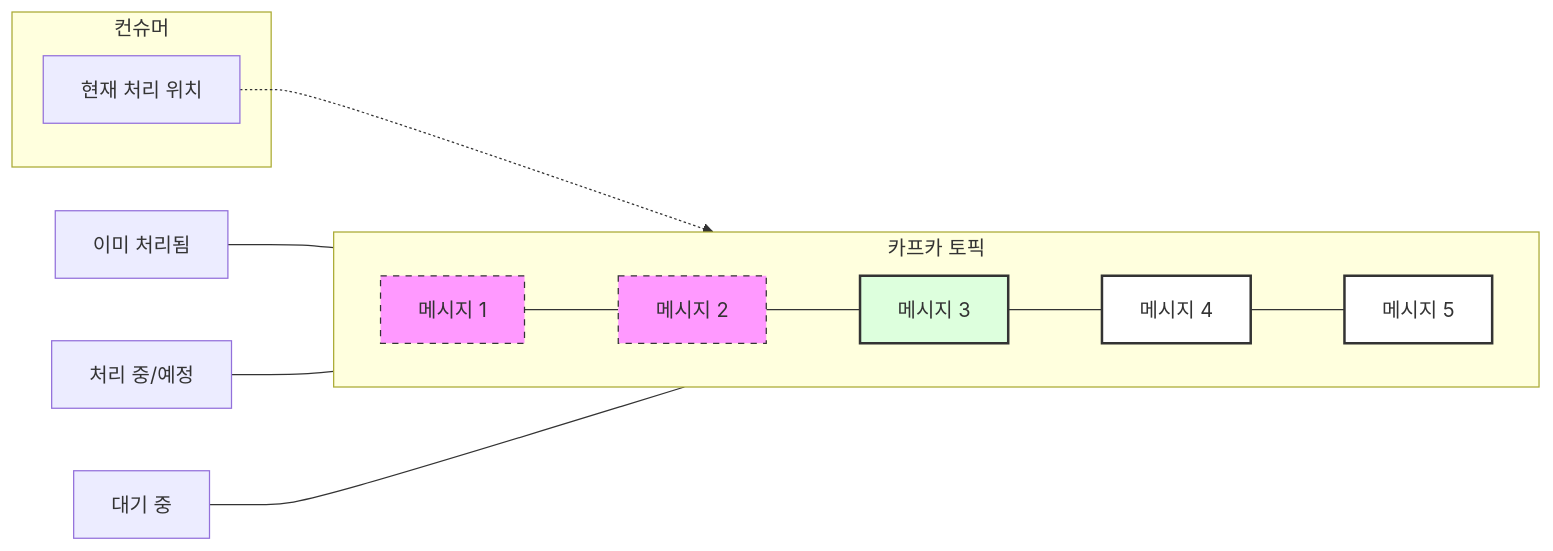
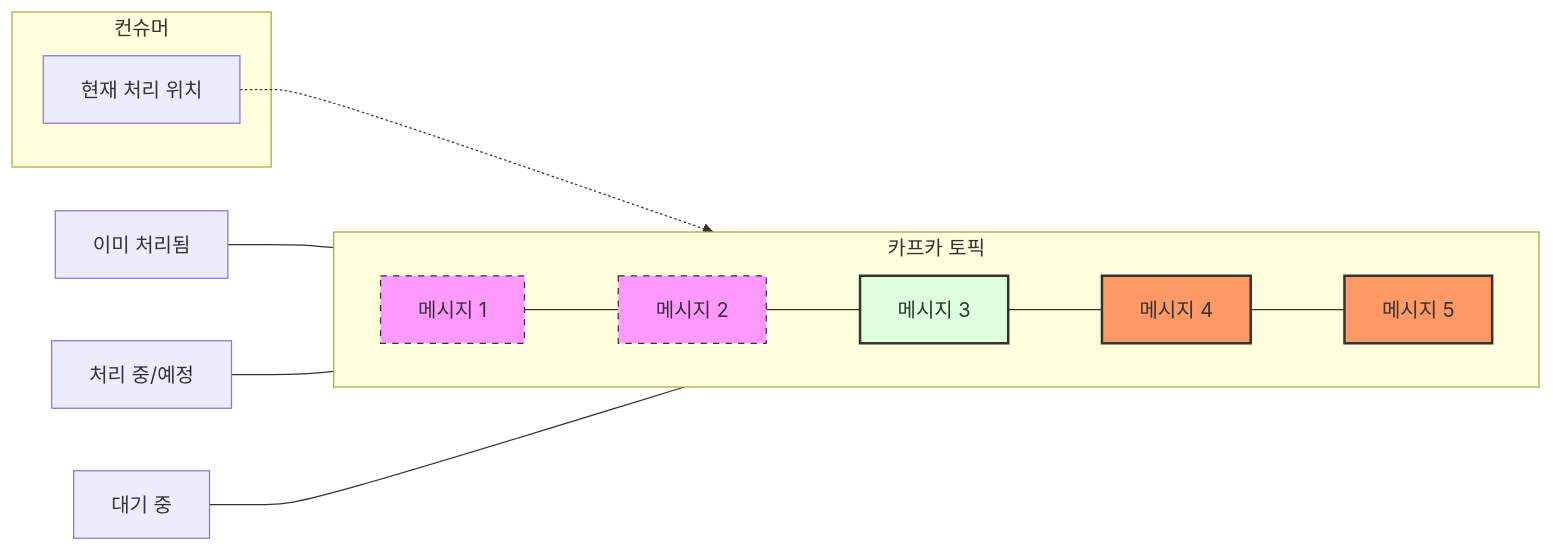
The first of 3 diagrams in 04-producer-consumer/Consumer-Lag.md (muzzaiwork/kafka), drawn with Mermaid before and after one commit. The commit also changed other lines of this file and 2 other files, not shown here.

Commit message:
docs: fix broken mermaid diagrams by simplifying structure and avoiding reserved words

````diff
--- a/04-producer-consumer/Consumer-Lag.md
+++ b/04-producer-consumer/Consumer-Lag.md
@@ -11,26 +11,23 @@
 ```mermaid
 graph LR
-    subgraph Topic [카프카 토픽]
+    subgraph TopicFlow [카프카 토픽]
         direction LR
         M1[메시지 1] --- M2[메시지 2] --- M3[메시지 3] --- M4[메시지 4] --- M5[메시지 5]
     end
 
-    subgraph Consumer [컨슈머]
+    subgraph ConsumerPos [컨슈머]
         C[현재 처리 위치]
     end
 
     C -.-> M3
     
     style M1 fill:#f9f,stroke:#333,stroke-dasharray: 5 5
     style M2 fill:#f9f,stroke:#333,stroke-dasharray: 5 5
     style M3 fill:#dfd,stroke:#333,stroke-width:2px
-    style M4 fill:#fff,stroke:#333
-    style M5 fill:#fff,stroke:#333
+    style M4 fill:#f96,stroke:#333,stroke-width:2px
+    style M5 fill:#f96,stroke:#333,stroke-width:2px
     
     Note1[이미 처리됨] --- M1
     Note2[처리 중/예정] --- M3
     Note3[대기 중] --- M4
-    
-    classDef lag fill:#f96,stroke:#333,stroke-width:2px;
-    class M4,M5 lag;
 ```
````
